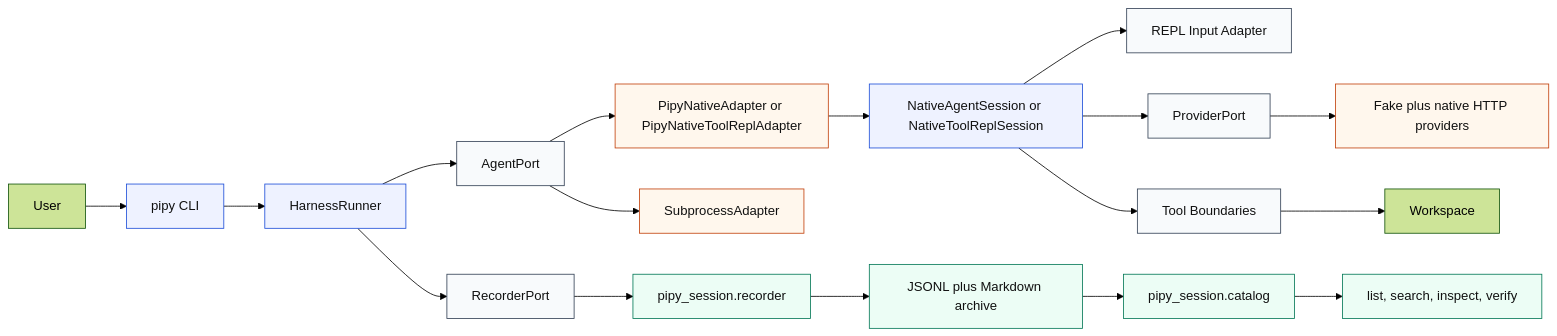
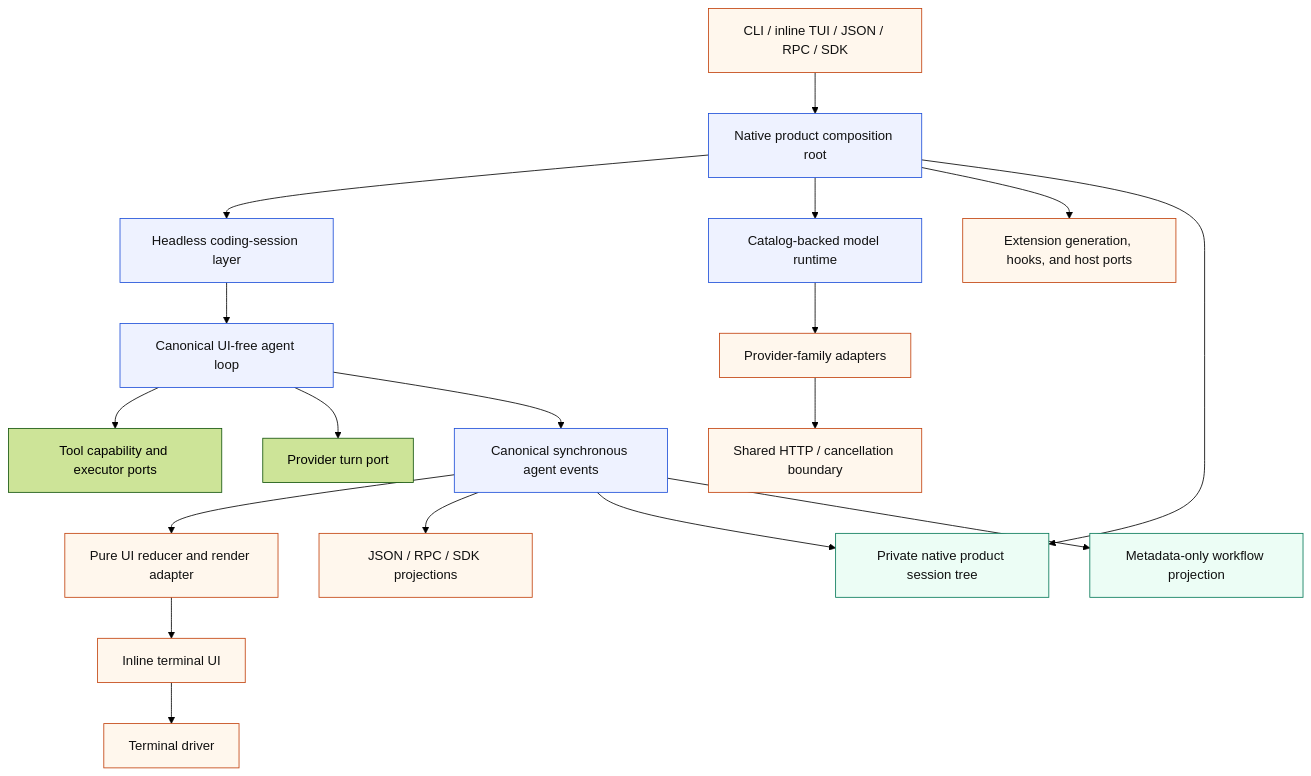
Before and after one commit to ephes/pipy: the diagram in docs/architecture.md, drawn with Mermaid (forest theme). The commit also changed other lines of this file and 7 other files, not shown here.

Commit message:
docs: establish living architecture baseline

````diff
--- a/docs/architecture.md
+++ b/docs/architecture.md
@@ -24,28 +18,27 @@
 ```mermaid
-flowchart LR
-  User[User] --> CLI[pipy CLI]
-  CLI --> Runner[HarnessRunner]
-  Runner --> AgentPort[AgentPort]
-  AgentPort --> NativeAdapter[PipyNativeAdapter or PipyNativeToolReplAdapter]
-  AgentPort --> SubprocessAdapter[SubprocessAdapter]
-  NativeAdapter --> NativeSession[NativeAgentSession or NativeToolReplSession]
-  NativeSession --> InputAdapter[REPL Input Adapter]
-  NativeSession --> ProviderPort[ProviderPort]
-  NativeSession --> ToolBoundaries[Tool Boundaries]
-  ProviderPort --> Providers[Fake plus native HTTP providers]
-  ToolBoundaries --> Workspace[Workspace]
-  Runner --> RecorderPort[RecorderPort]
-  RecorderPort --> SessionRecorder[pipy_session.recorder]
-  SessionRecorder --> Archive[JSONL plus Markdown archive]
-  Archive --> Catalog[pipy_session.catalog]
-  Catalog --> ReaderCommands[list, search, inspect, verify]
+flowchart TB
+  Entrypoints[CLI / inline TUI / JSON / RPC / SDK] --> Composition[Native product composition root]
+  Composition --> Coding[Headless coding-session layer]
+  Coding --> Agent[Canonical UI-free agent loop]
+  Agent --> Tools[Tool capability and executor ports]
+  Agent --> ProviderPort[Provider turn port]
+  Composition --> Runtime[Catalog-backed model runtime]
+  Runtime --> Providers[Provider-family adapters]
+  Providers --> HTTP[Shared HTTP / cancellation boundary]
+  Composition --> Extensions[Extension generation, hooks, and host ports]
+  Composition --> ProductTree[Private native product session tree]
+  Agent --> Events[Canonical synchronous agent events]
+  Events --> UI[Pure UI reducer and render adapter]
+  Events --> Automation[JSON / RPC / SDK projections]
+  Events --> ProductTree
+  Events --> Workflow[Metadata-only workflow projection]
+  UI --> TUI[Inline terminal UI]
+  TUI --> Driver[Terminal driver]
 
   classDef core fill:#eef2ff,stroke:#1d4ed8,color:#111111;
   classDef adapter fill:#fff7ed,stroke:#c2410c,color:#111111;
   classDef store fill:#ecfdf5,stroke:#047857,color:#111111;
-  classDef boundary fill:#f8fafc,stroke:#334155,color:#111111;
-  class CLI,Runner,NativeSession core;
-  class AgentPort,InputAdapter,ProviderPort,RecorderPort,ToolBoundaries boundary;
-  class NativeAdapter,SubprocessAdapter,Providers adapter;
-  class SessionRecorder,Archive,Catalog,ReaderCommands store;
+  class Agent,Coding,Composition,Runtime,Events core;
+  class Entrypoints,Providers,HTTP,Extensions,UI,TUI,Driver,Automation adapter;
+  class ProductTree,Workflow store;
 ```
````
